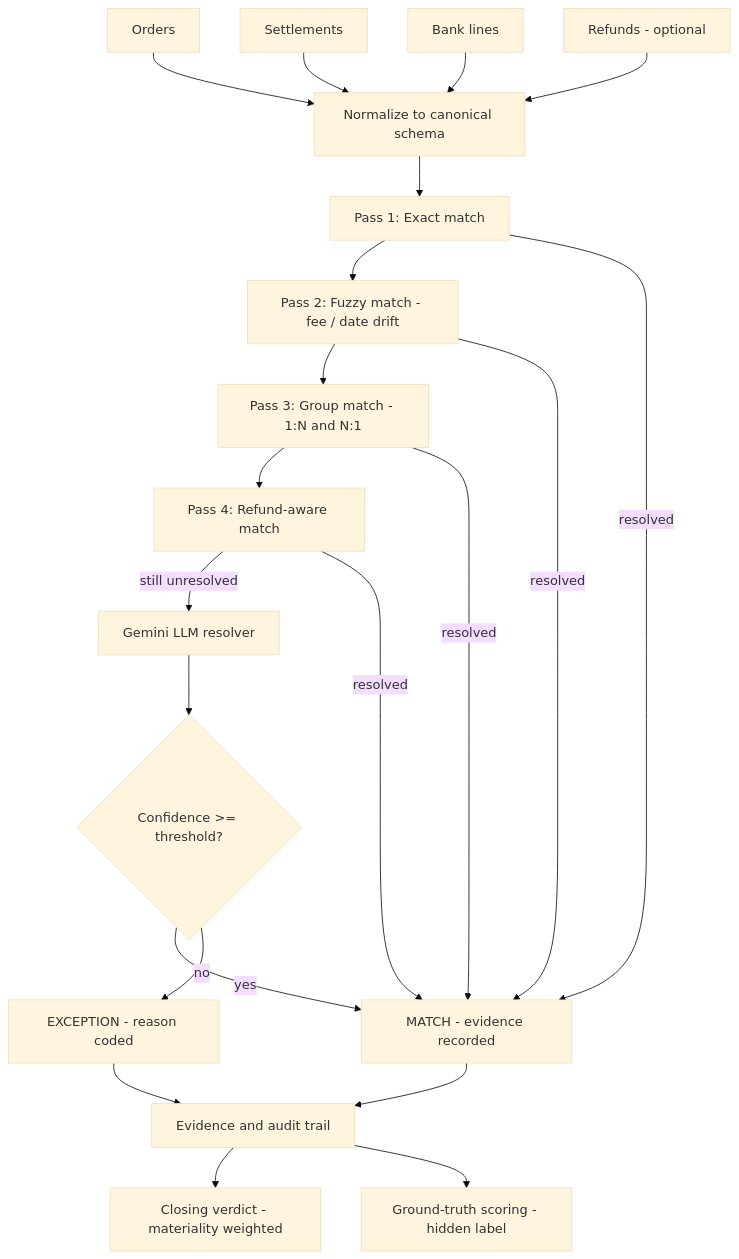
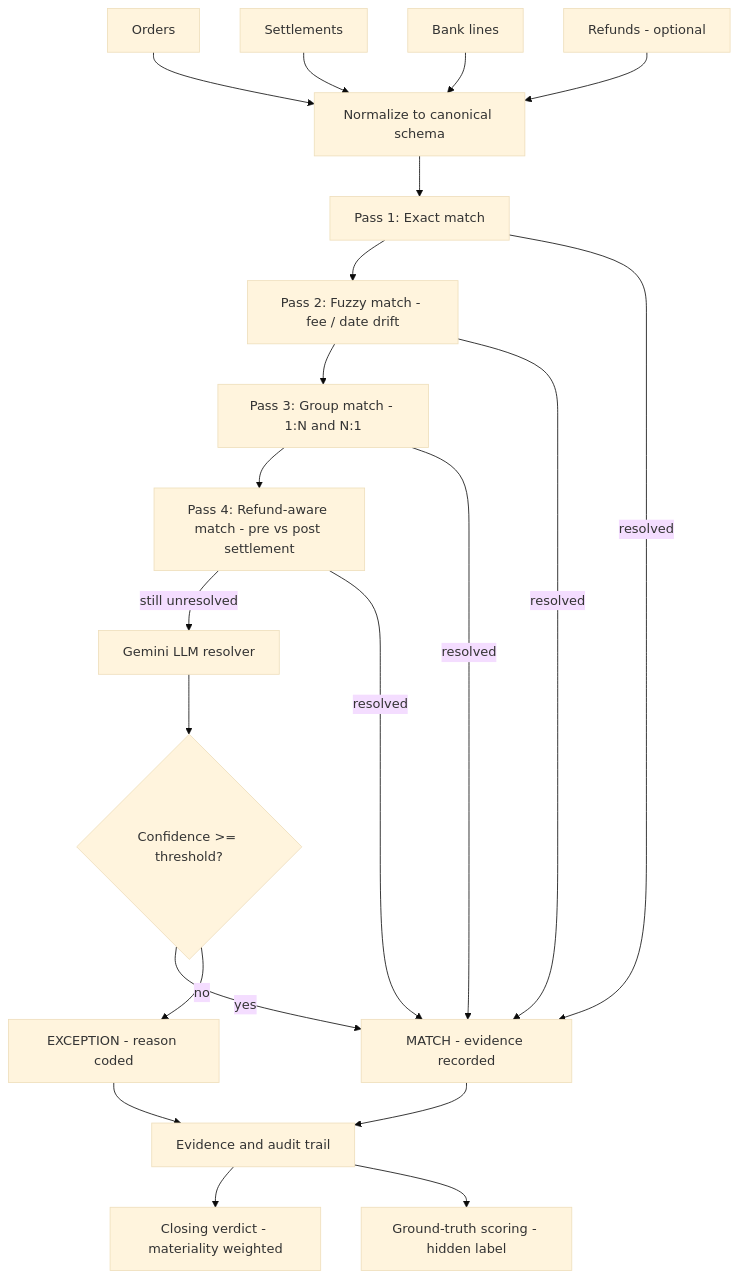
The diagram in README.md (Shaurya55555/reconiq), drawn with Mermaid (base theme) before and after one commit. The commit also changed 2 other files, not shown here.

Commit message:
Sync architecture diagrams and summary with the refund timing fix
Follow-up to the timing-aware refund netting commit -- the diagrams and
summary still described refund handling at the old "full/partial" level
of detail, not the pre- vs post-settlement distinction.

- docs/architecture.html: Pass 4's label now reads "pre- vs
  post-settlement" instead of "full / partial".
- README.md: the same relabel in the GitHub-native Mermaid diagram, so
  both diagrams stay in sync.
- docs/PROJECT_SUMMARY.md: test count updated to 65/65 (was still
  showing 57/57 from before this fix), with the new refund-timing
  adversarial tests named explicitly in "Proof it works".

````diff
--- a/README.md
+++ b/README.md
@@ -329,20 +329,20 @@
 ```mermaid
 flowchart TD
     O[Orders] --> N[Normalize to canonical schema]
     S[Settlements] --> N
     B[Bank lines] --> N
     R[Refunds - optional] --> N
     N --> D1[Pass 1: Exact match]
     D1 --> D2[Pass 2: Fuzzy match - fee / date drift]
     D2 --> D3[Pass 3: Group match - 1:N and N:1]
-    D3 --> D4[Pass 4: Refund-aware match]
+    D3 --> D4[Pass 4: Refund-aware match - pre vs post settlement]
     D4 -->|still unresolved| LLM[Gemini LLM resolver]
     LLM --> GATE{Confidence >= threshold?}
     GATE -->|yes| MATCH[MATCH - evidence recorded]
     GATE -->|no| EXC[EXCEPTION - reason coded]
     D1 & D2 & D3 & D4 -->|resolved| MATCH
     MATCH --> AUDIT[Evidence and audit trail]
     EXC --> AUDIT
     AUDIT --> VERDICT[Closing verdict - materiality weighted]
     AUDIT --> SCORE[Ground-truth scoring - hidden label]
 ```
````
